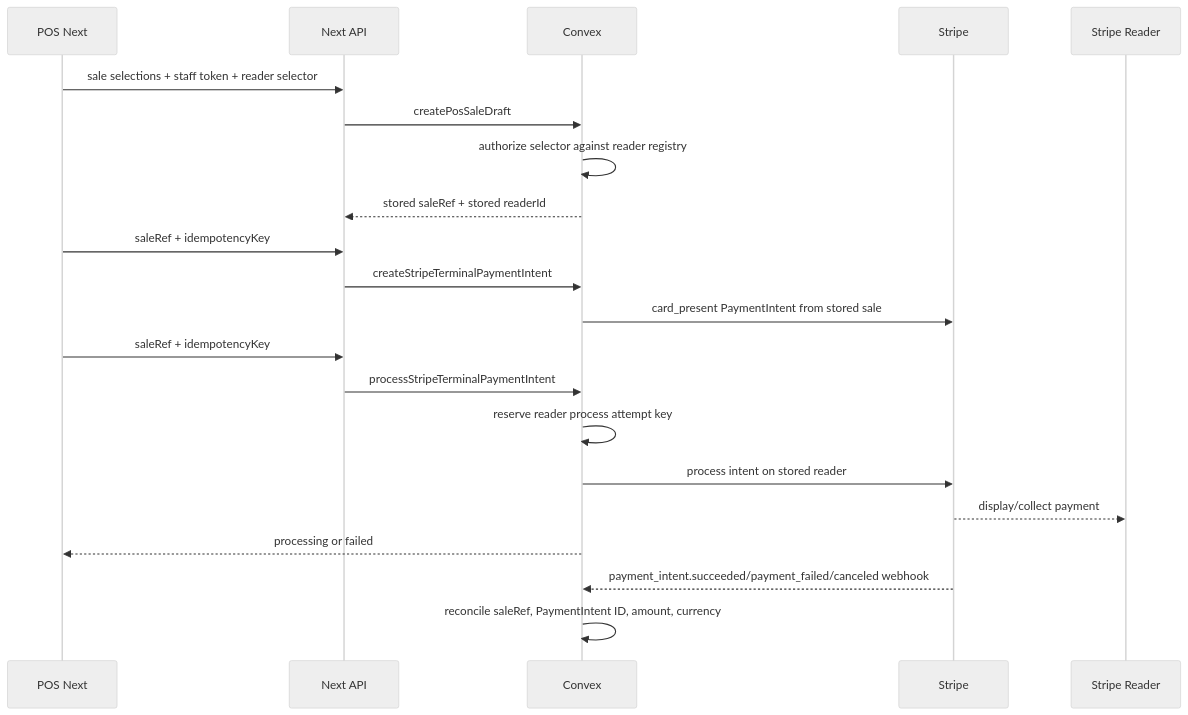
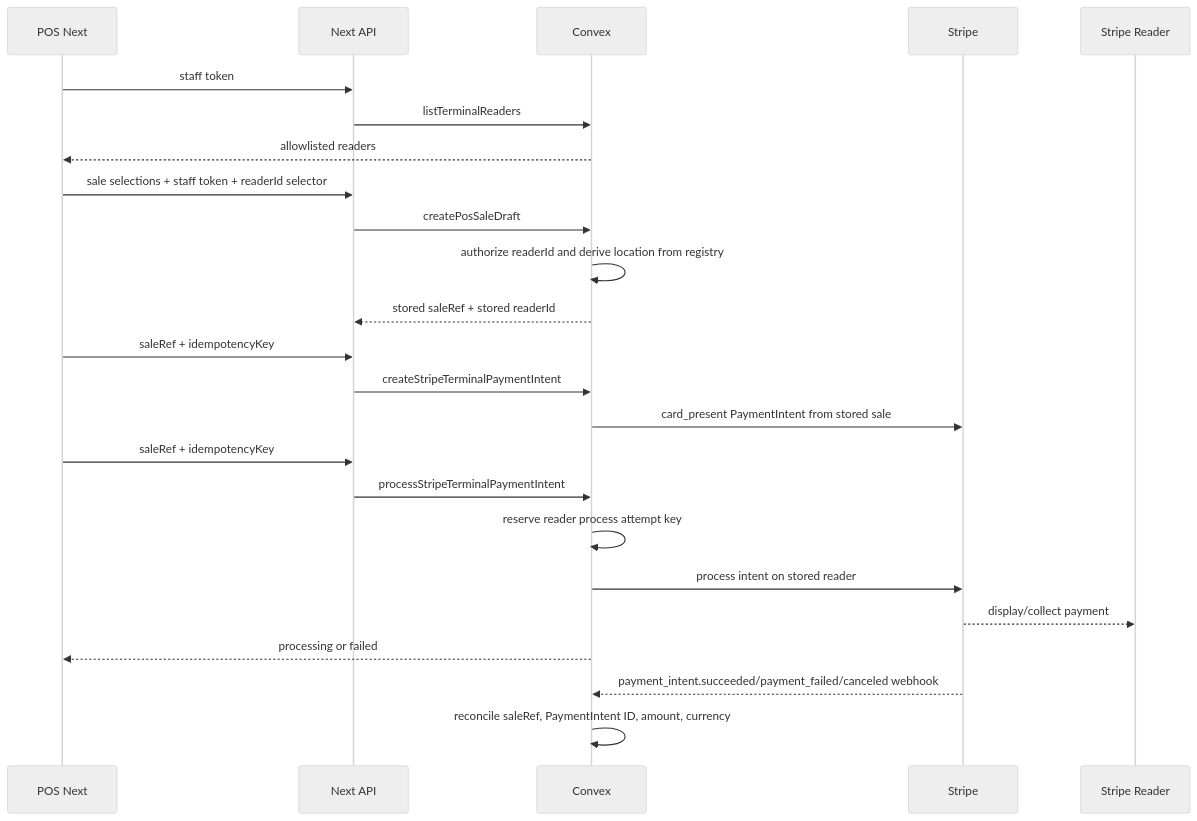
The diagram in docs/decisions/0010-server-driven-terminal-reader-handoff.md (junyengit/skyla), drawn with Mermaid (neutral theme) before and after one commit. The commit also changed other lines of this file and 18 other files, not shown here.

Commit message:
Harden POS reader registry selection

````diff
--- a/docs/decisions/0010-server-driven-terminal-reader-handoff.md
+++ b/docs/decisions/0010-server-driven-terminal-reader-handoff.md
@@ -54,24 +59,27 @@
 ```mermaid
 sequenceDiagram
   participant POS as POS Next
   participant Next as Next API
   participant Convex as Convex
   participant Stripe as Stripe
   participant Reader as Stripe Reader
 
-  POS->>Next: sale selections + staff token + reader selector
+  POS->>Next: staff token
+  Next->>Convex: listTerminalReaders
+  Convex-->>POS: allowlisted readers
+  POS->>Next: sale selections + staff token + readerId selector
   Next->>Convex: createPosSaleDraft
-  Convex->>Convex: authorize selector against reader registry
+  Convex->>Convex: authorize readerId and derive location from registry
   Convex-->>Next: stored saleRef + stored readerId
   POS->>Next: saleRef + idempotencyKey
   Next->>Convex: createStripeTerminalPaymentIntent
   Convex->>Stripe: card_present PaymentIntent from stored sale
   POS->>Next: saleRef + idempotencyKey
   Next->>Convex: processStripeTerminalPaymentIntent
   Convex->>Convex: reserve reader process attempt key
   Convex->>Stripe: process intent on stored reader
   Stripe-->>Reader: display/collect payment
   Convex-->>POS: processing or failed
   Stripe-->>Convex: payment_intent.succeeded/payment_failed/canceled webhook
   Convex->>Convex: reconcile saleRef, PaymentIntent ID, amount, currency
 ```
````
